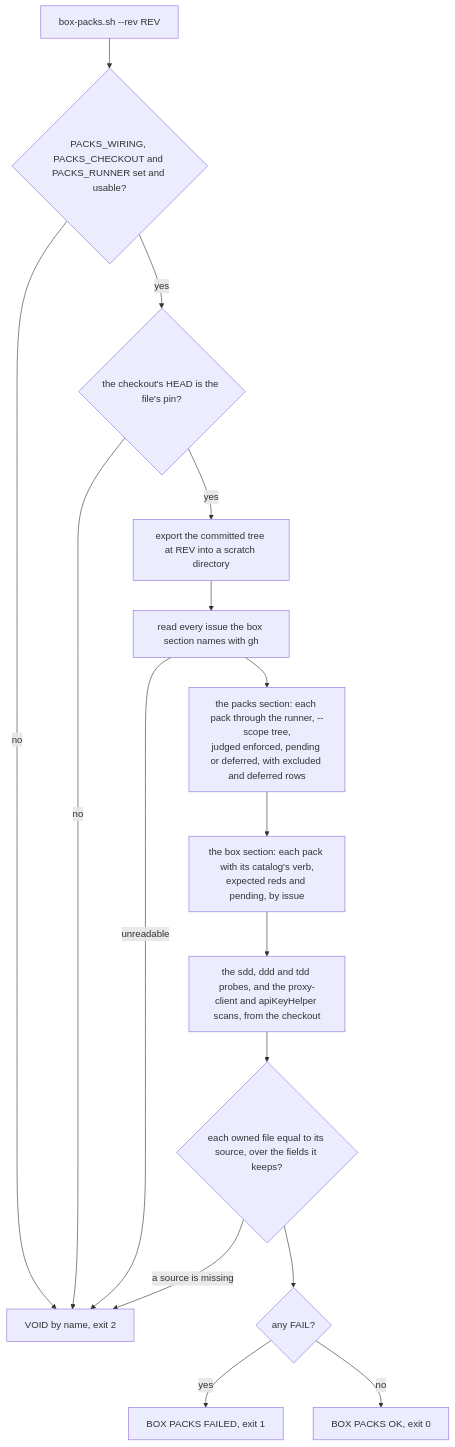
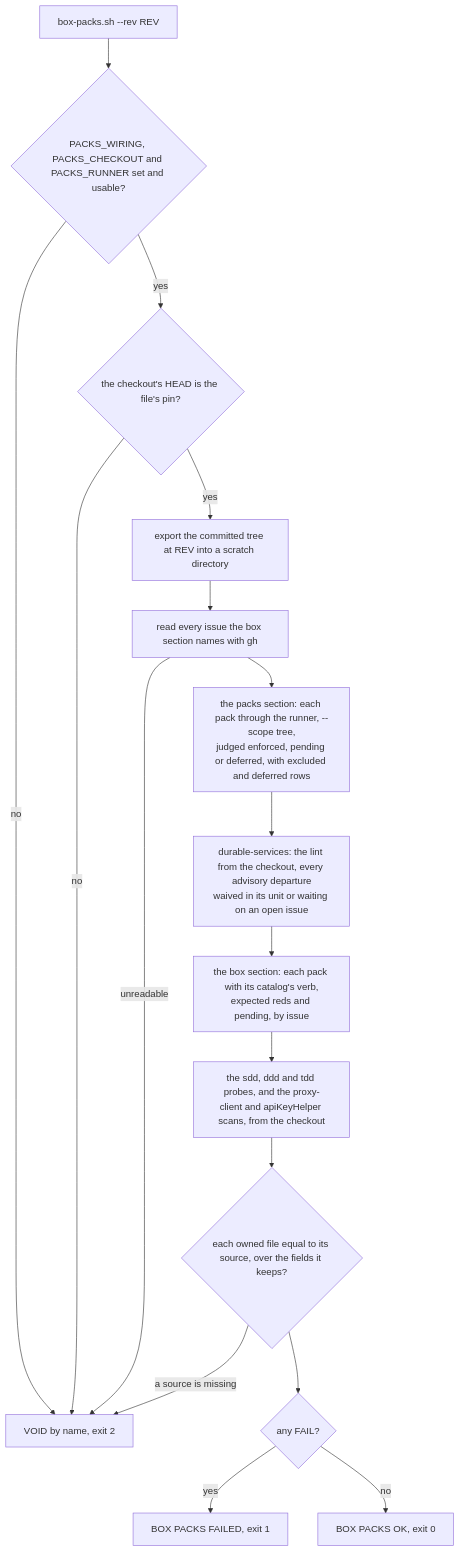
The second of 2 diagrams in docs/schematics/pack-judgment-on-the-box.md (RexRenatus/deck-streak), drawn with Mermaid before and after one commit. The commit also changed other lines of this file and 17 other files, not shown here.

Commit message:
docs(packs): ADR-069 keeps the waivers' judgment; fix-round prose

````diff
--- a/docs/schematics/pack-judgment-on-the-box.md
+++ b/docs/schematics/pack-judgment-on-the-box.md
@@ -27,18 +28,19 @@
 ```mermaid
 flowchart TD
   start[box-packs.sh --rev REV] --> env{PACKS_WIRING, PACKS_CHECKOUT and PACKS_RUNNER set and usable?}
   env -- no --> void[VOID by name, exit 2]
   env -- yes --> pin{the checkout's HEAD is the file's pin?}
   pin -- no --> void
   pin -- yes --> export[export the committed tree at REV into a scratch directory]
   export --> issues[read every issue the box section names with gh]
   issues -- unreadable --> void
   issues --> packs["the packs section: each pack through the runner, --scope tree,<br/>judged enforced, pending or deferred, with excluded and deferred rows"]
-  packs --> boxed["the box section: each pack with its catalog's verb,<br/>expected reds and pending, by issue"]
+  packs --> waivers["durable-services: the lint from the checkout, every advisory departure<br/>waived in its unit or waiting on an open issue"]
+  waivers --> boxed["the box section: each pack with its catalog's verb,<br/>expected reds and pending, by issue"]
   boxed --> probes[the sdd, ddd and tdd probes, and the proxy-client and apiKeyHelper scans, from the checkout]
   probes --> drift{each owned file equal to its source, over the fields it keeps?}
   drift -- a source is missing --> void
   drift --> summary{any FAIL?}
   summary -- yes --> failed[BOX PACKS FAILED, exit 1]
   summary -- no --> ok[BOX PACKS OK, exit 0]
 ```
````
